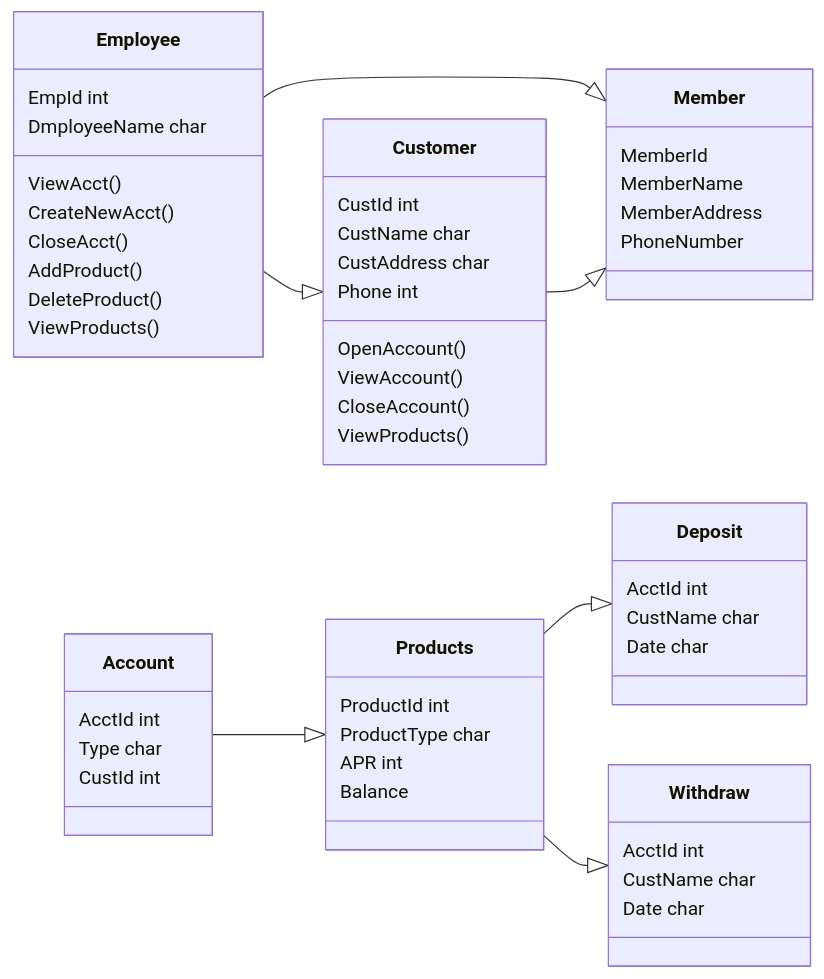
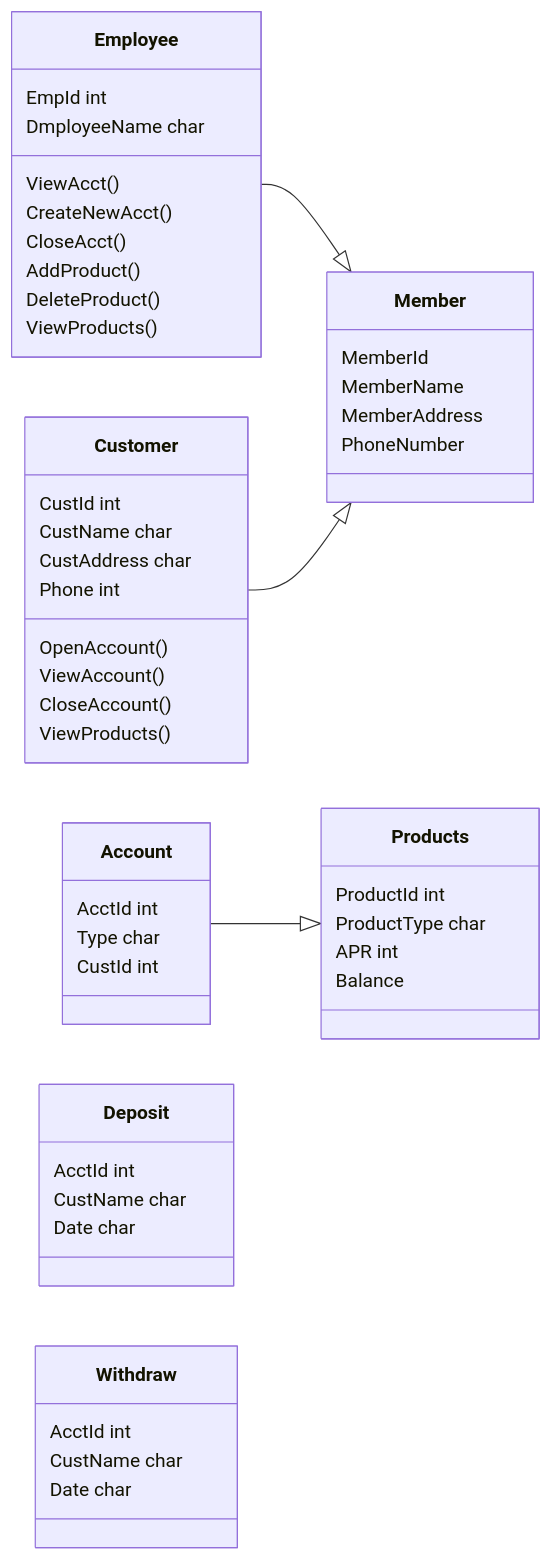
Before and after one commit to Marcus-Snell/Test: the diagram in mermaid.md, drawn with Mermaid.

````diff
--- a/mermaid.md
+++ b/mermaid.md
@@ -1,54 +1,53 @@
 ```mermaid
 classDiagram
 direction LR
 Member
 Member : MemberId
 Member : MemberName
 Member : MemberAddress
 Member : PhoneNumber
 
 Employee --|> Member
 Employee : EmpId int
 Employee : DmployeeName char
 Employee : ViewAcct()
 Employee : CreateNewAcct()
 Employee : CloseAcct()
 Employee : AddProduct()
 Employee : DeleteProduct()
 Employee : ViewProducts()
   
 
 Customer --|> Member
 Customer : CustId int
 Customer : CustName char
 Customer : CustAddress char
 Customer : Phone int
 Customer : OpenAccount()
 Customer : ViewAccount()
 Customer : CloseAccount()
 Customer : ViewProducts()
 
 Account --|> Products
 Account : AcctId int
 Account : Type char
 Account : CustId int
 
 Deposit
 Deposit : AcctId int
 Deposit : CustName char
 Deposit : Date char
 
 Withdraw
 Withdraw : AcctId int
 Withdraw : CustName char
 Withdraw : Date char
 
-Products --|> Deposit
-Products --|> Withdraw
+
 Products : ProductId int
 Products : ProductType char
 Products : APR int
 Products : Balance
 
-Employee --|> Customer
+
 ```
````
